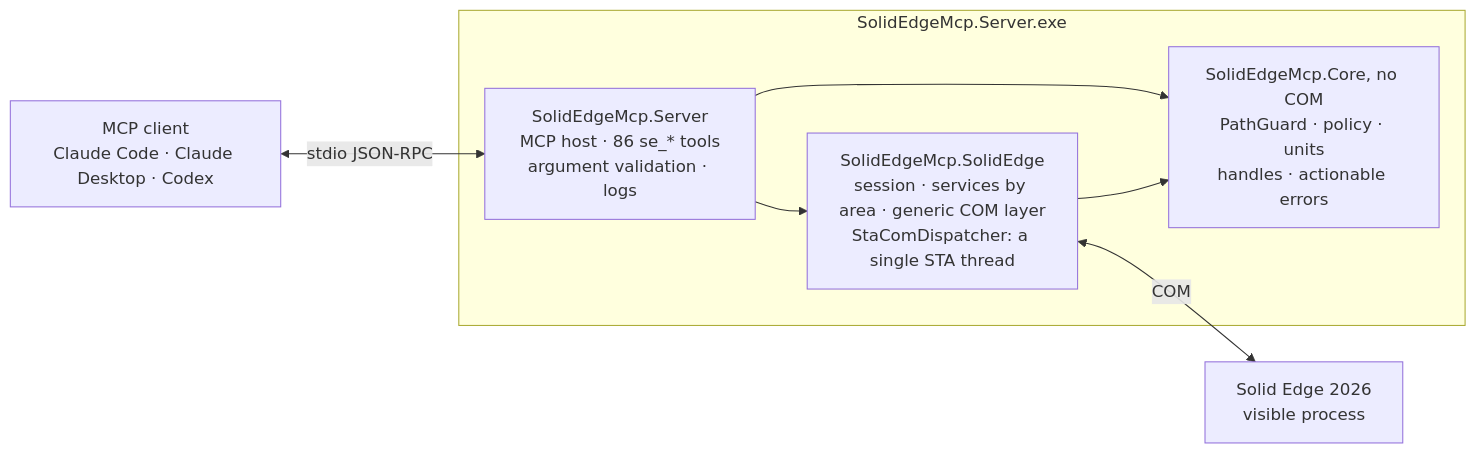
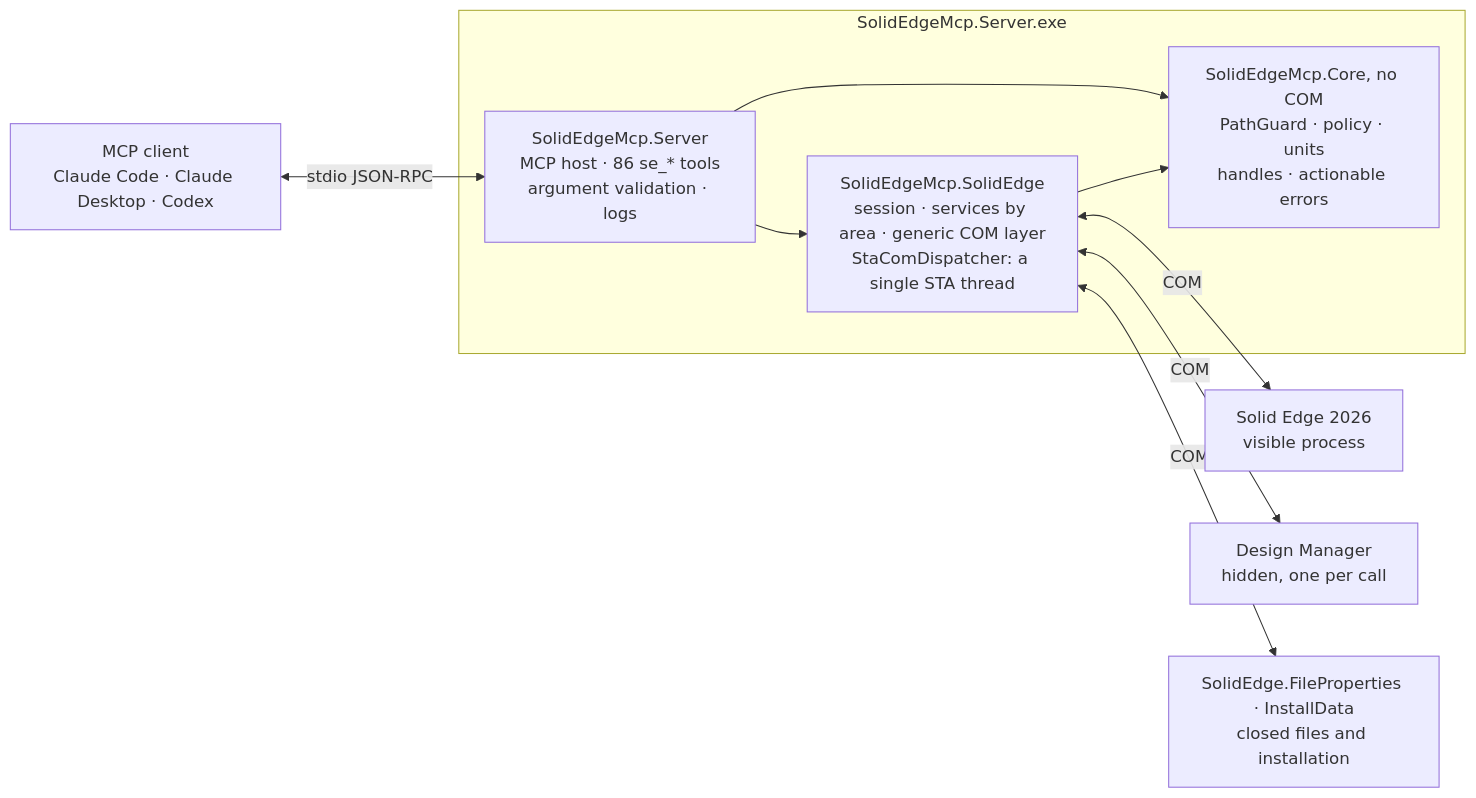
Before and after one commit to gabichuuuuu/solid-edge-mcp: the diagram in README.md, drawn with Mermaid. The commit also changed other lines of this file and 32 other files, not shown here.

````diff
--- a/README.md
+++ b/README.md
@@ -334,18 +375,22 @@
 ```mermaid
 flowchart LR
     client["MCP client<br/>Claude Code · Claude Desktop · Codex"]
 
     subgraph exe ["SolidEdgeMcp.Server.exe"]
         server["SolidEdgeMcp.Server<br/>MCP host · 86 se_* tools<br/>argument validation · logs"]
         se["SolidEdgeMcp.SolidEdge<br/>session · services by area · generic COM layer<br/>StaComDispatcher: a single STA thread"]
         core["SolidEdgeMcp.Core, no COM<br/>PathGuard · policy · units<br/>handles · actionable errors"]
         server --> se
         server --> core
         se --> core
     end
 
     app["Solid Edge 2026<br/>visible process"]
+    dm["Design Manager<br/>hidden, one per call"]
+    files["SolidEdge.FileProperties · InstallData<br/>closed files and installation"]
 
     client <-->|stdio JSON-RPC| server
     se <-->|COM| app
+    se <-->|COM| dm
+    se <-->|COM| files
 ```
````
